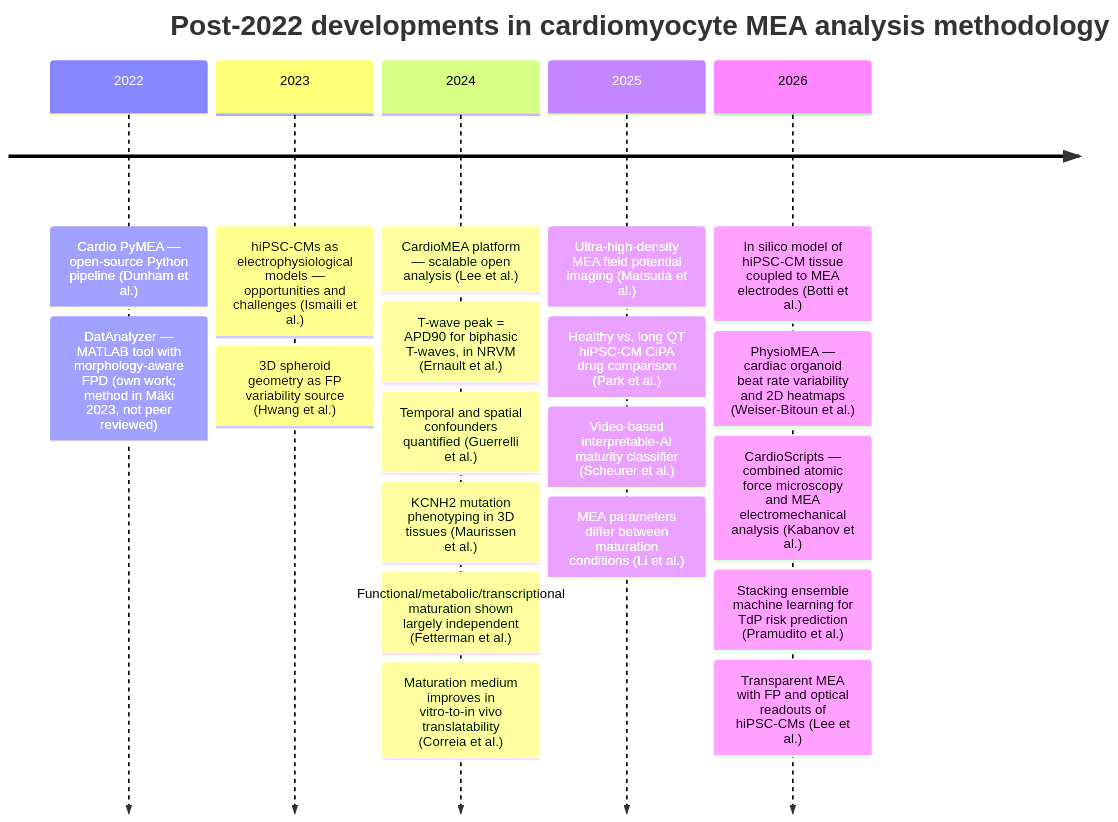
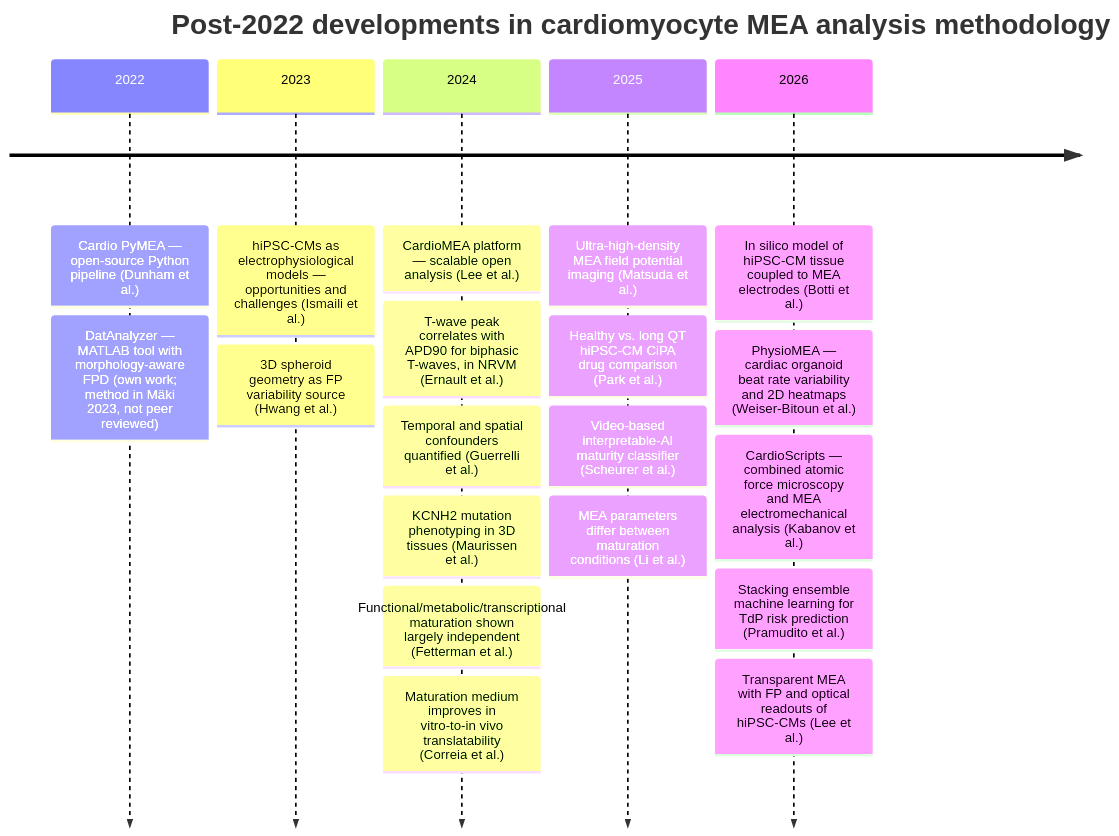
The diagram in figures/fig1-timeline.mmd (AnaHill/MEA_review_llm_wiki), drawn with Mermaid before and after one commit. The commit also changed 6 other files, not shown here.

```diff
--- a/figures/fig1-timeline.mmd
+++ b/figures/fig1-timeline.mmd
@@ -1,21 +1,21 @@
 timeline
     title Post-2022 developments in cardiomyocyte MEA analysis methodology
     2022 : Cardio PyMEA — open-source Python pipeline (Dunham et al.)
          : DatAnalyzer — MATLAB tool with morphology-aware FPD (own work; method in Mäki 2023, not peer reviewed)
     2023 : hiPSC-CMs as electrophysiological models — opportunities and challenges (Ismaili et al.)
          : 3D spheroid geometry as FP variability source (Hwang et al.)
     2024 : CardioMEA platform — scalable open analysis (Lee et al.)
-         : T-wave peak = APD90 for biphasic T-waves, in NRVM (Ernault et al.)
+         : T-wave peak correlates with APD90 for biphasic T-waves, in NRVM (Ernault et al.)
          : Temporal and spatial confounders quantified (Guerrelli et al.)
          : KCNH2 mutation phenotyping in 3D tissues (Maurissen et al.)
          : Functional/metabolic/transcriptional maturation shown largely independent (Fetterman et al.)
          : Maturation medium improves in vitro-to-in vivo translatability (Correia et al.)
     2025 : Ultra-high-density MEA field potential imaging (Matsuda et al.)
          : Healthy vs. long QT hiPSC-CM CiPA drug comparison (Park et al.)
          : Video-based interpretable-AI maturity classifier (Scheurer et al.)
          : MEA parameters differ between maturation conditions (Li et al.)
     2026 : In silico model of hiPSC-CM tissue coupled to MEA electrodes (Botti et al.)
          : PhysioMEA — cardiac organoid beat rate variability and 2D heatmaps (Weiser-Bitoun et al.)
          : CardioScripts — combined atomic force microscopy and MEA electromechanical analysis (Kabanov et al.)
          : Stacking ensemble machine learning for TdP risk prediction (Pramudito et al.)
          : Transparent MEA with FP and optical readouts of hiPSC-CMs (Lee et al.)
```
